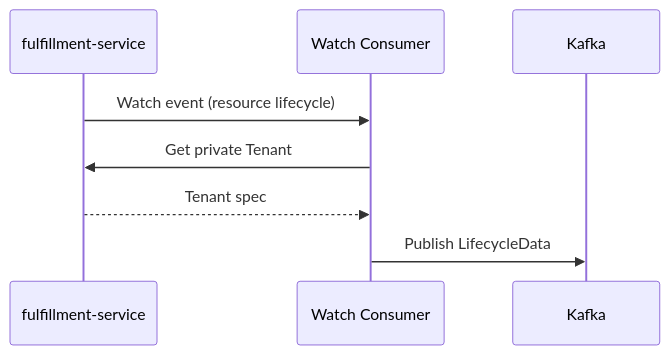
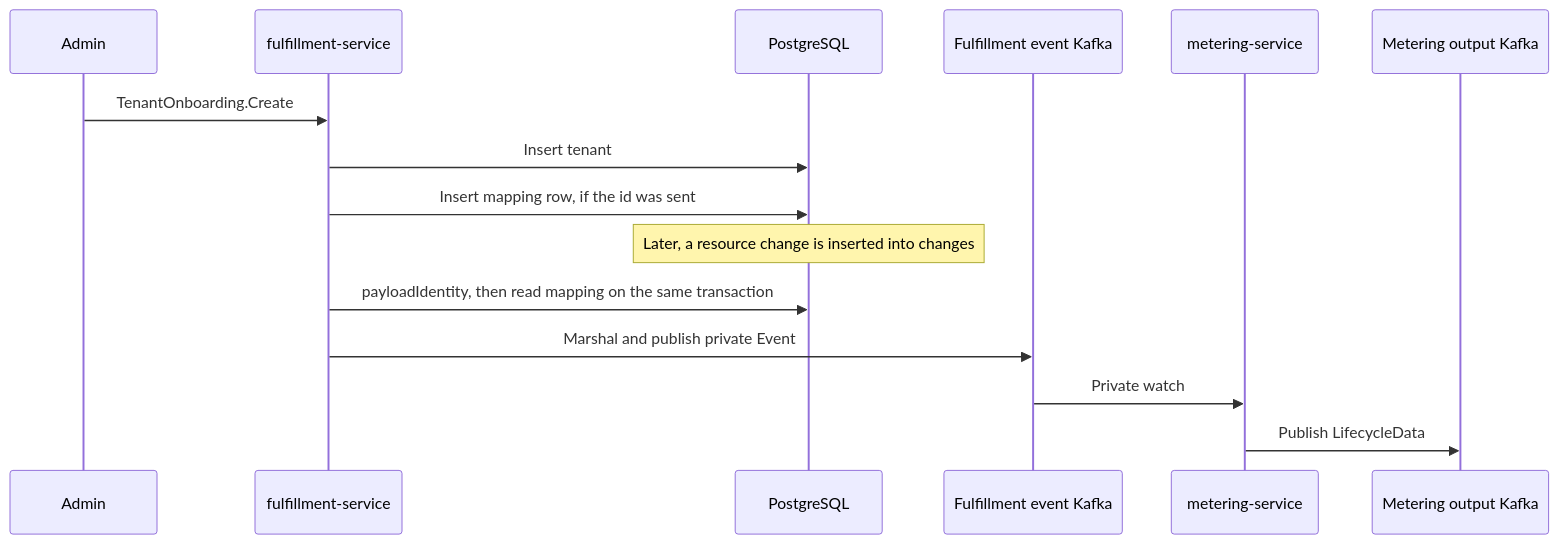
The diagram in enhancements/OSAC-6161-tenant-external-billing-id/design.md (osac-project/enhancement-proposals), drawn with Mermaid before and after one commit. The commit also changed other lines of this file, not shown here.

First line of the commit message:
OSAC-6161: Update the tenant external billing identity design

````diff
--- a/enhancements/OSAC-6161-tenant-external-billing-id/design.md
+++ b/enhancements/OSAC-6161-tenant-external-billing-id/design.md
@@ -58,11 +55,18 @@
 ```mermaid
 sequenceDiagram
+    participant Admin
     participant FS as fulfillment-service
-    participant WC as Watch Consumer
-    participant KA as Kafka
+    participant DB as PostgreSQL
+    participant FK as Fulfillment event Kafka
+    participant MT as metering-service
+    participant MK as Metering output Kafka
 
-    FS->>WC: Watch event (resource lifecycle)
-    WC->>FS: Get private Tenant
-    FS-->>WC: Tenant spec
-    WC->>KA: Publish LifecycleData
+    Admin->>FS: TenantOnboarding.Create
+    FS->>DB: Insert tenant
+    FS->>DB: Insert mapping row, if the id was sent
+    Note over DB: Later, a resource change is inserted into changes
+    FS->>DB: payloadIdentity, then read mapping on the same transaction
+    FS->>FK: Marshal and publish private Event
+    FK->>MT: Private watch
+    MT->>MK: Publish LifecycleData
 ```
````
